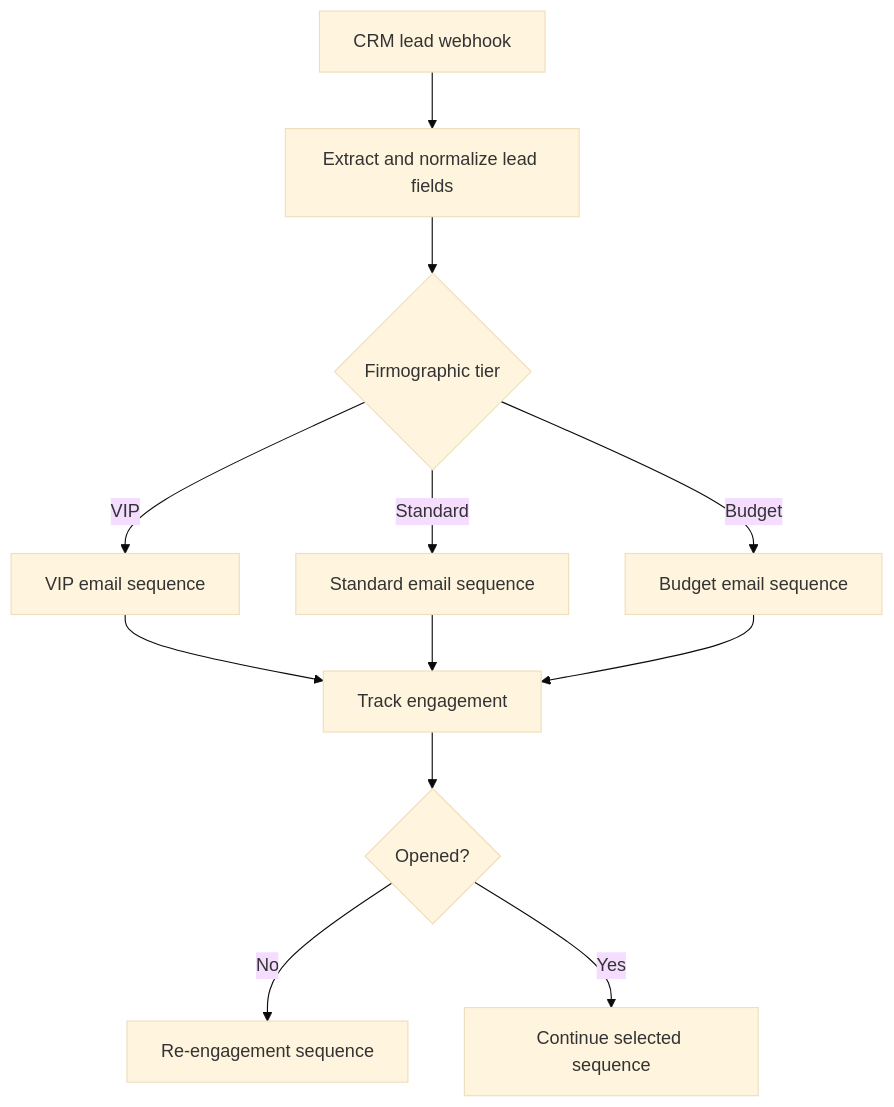
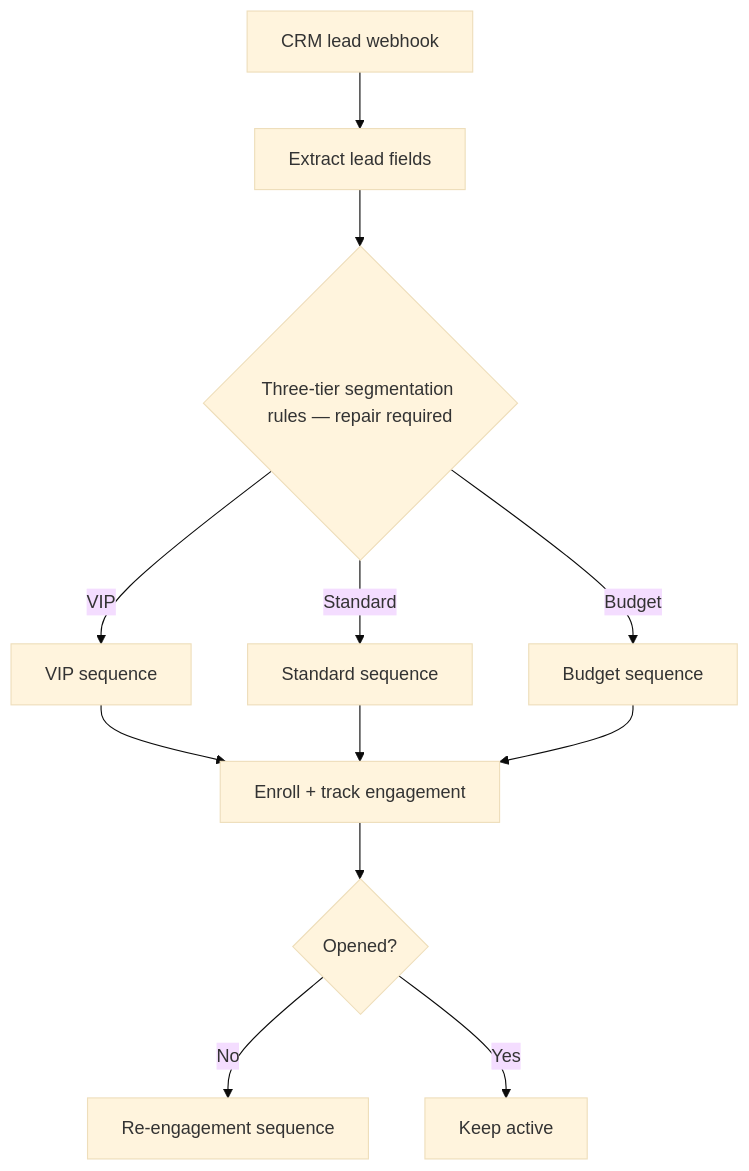
One commit to oyekola-ololade/email-segmentation-automation changed the diagram in README.md. Above: the diagram before and after it, drawn with Mermaid (base theme). The commit also changed other lines of this file, not shown here.

Commit message:
Correct email segmentation template status and expose branching defect

````diff
--- a/README.md
+++ b/README.md
@@ -40,14 +11,14 @@
 ```mermaid
 flowchart TD
-    A["CRM lead webhook"] --> B["Extract and normalize lead fields"]
-    B --> C{"Firmographic tier"}
-    C -->|VIP| D["VIP email sequence"]
-    C -->|Standard| E["Standard email sequence"]
-    C -->|Budget| F["Budget email sequence"]
-    D --> G["Track engagement"]
+    A[CRM lead webhook] --> B[Extract lead fields]
+    B --> C{Three-tier segmentation rules — repair required}
+    C -->|VIP| D[VIP sequence]
+    C -->|Standard| E[Standard sequence]
+    C -->|Budget| F[Budget sequence]
+    D --> G[Enroll + track engagement]
     E --> G
     F --> G
-    G --> H{"Opened?"}
-    H -->|No| I["Re-engagement sequence"]
-    H -->|Yes| J["Continue selected sequence"]
+    G --> H{Opened?}
+    H -->|No| I[Re-engagement sequence]
+    H -->|Yes| J[Keep active]
 ```
````
